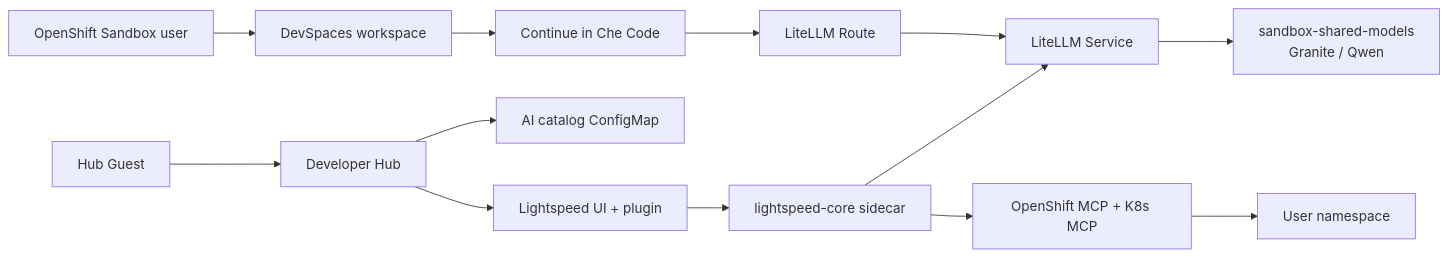
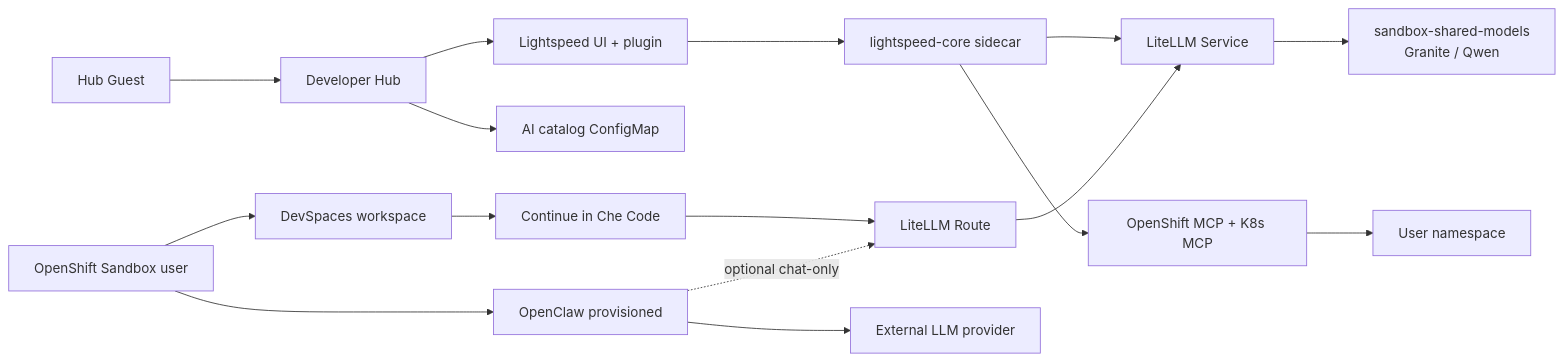
One commit to maximilianoPizarro/rhdh-agent-sandbox changed the diagram in docs/architecture.md. Above: the diagram before and after it, drawn with Mermaid. The commit also changed other lines of this file and 8 other files, not shown here.

First line of the commit message:
docs: audit Pages/docs drift and document OpenClaw wiring

````diff
--- a/docs/architecture.md
+++ b/docs/architecture.md
@@ -5,15 +5,18 @@
 ```mermaid
 flowchart LR
   Guest[Hub Guest] --> Hub[Developer Hub]
   Hub --> LS[Lightspeed UI + plugin]
   LS --> LCore[lightspeed-core sidecar]
   LCore --> LiteLLM[LiteLLM Service]
   LiteLLM --> Models[sandbox-shared-models<br/>Granite / Qwen]
   LCore --> MCP[OpenShift MCP + K8s MCP]
   MCP --> Ns[User namespace]
   Hub --> Catalog[AI catalog ConfigMap]
   OcUser[OpenShift Sandbox user] --> DW[DevSpaces workspace]
   DW --> Continue[Continue in Che Code]
   Continue --> LiteLLMRoute[LiteLLM Route]
   LiteLLMRoute --> LiteLLM
+  OcUser --> OC[OpenClaw provisioned]
+  OC --> UserLLM[External LLM provider]
+  OC -.->|optional chat-only| LiteLLMRoute
 ```
````
